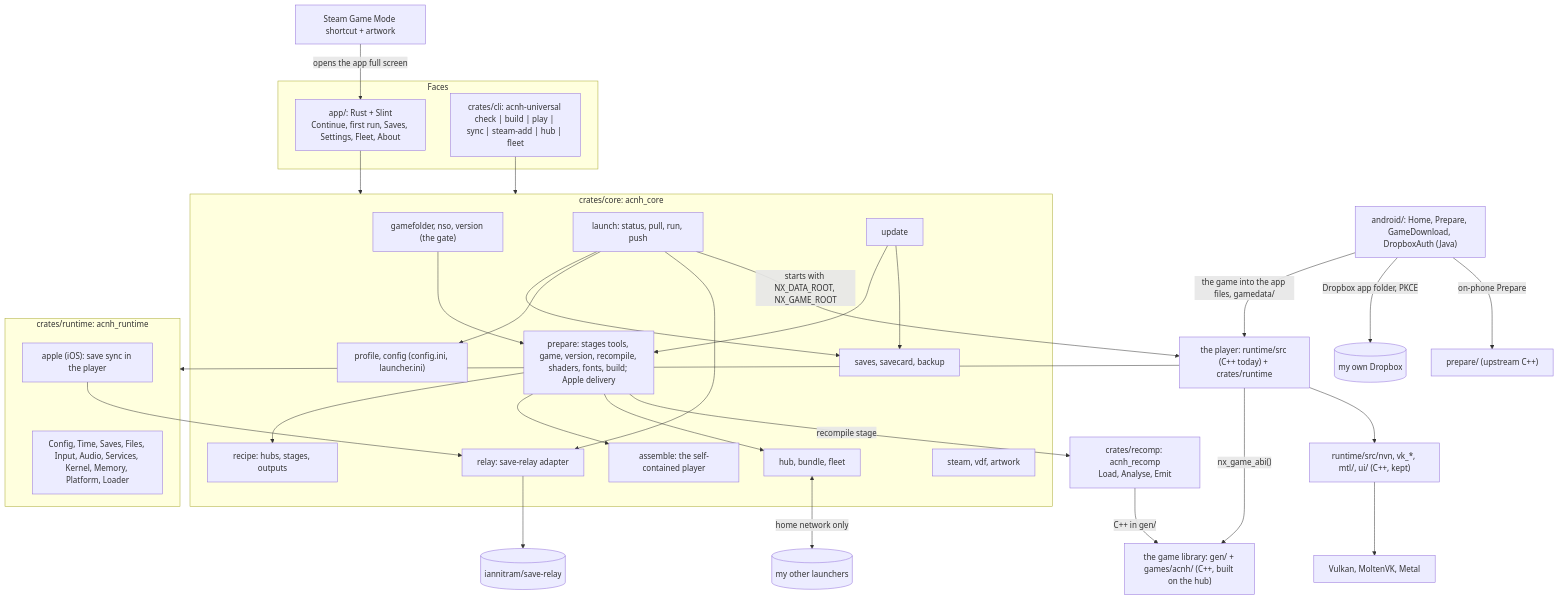
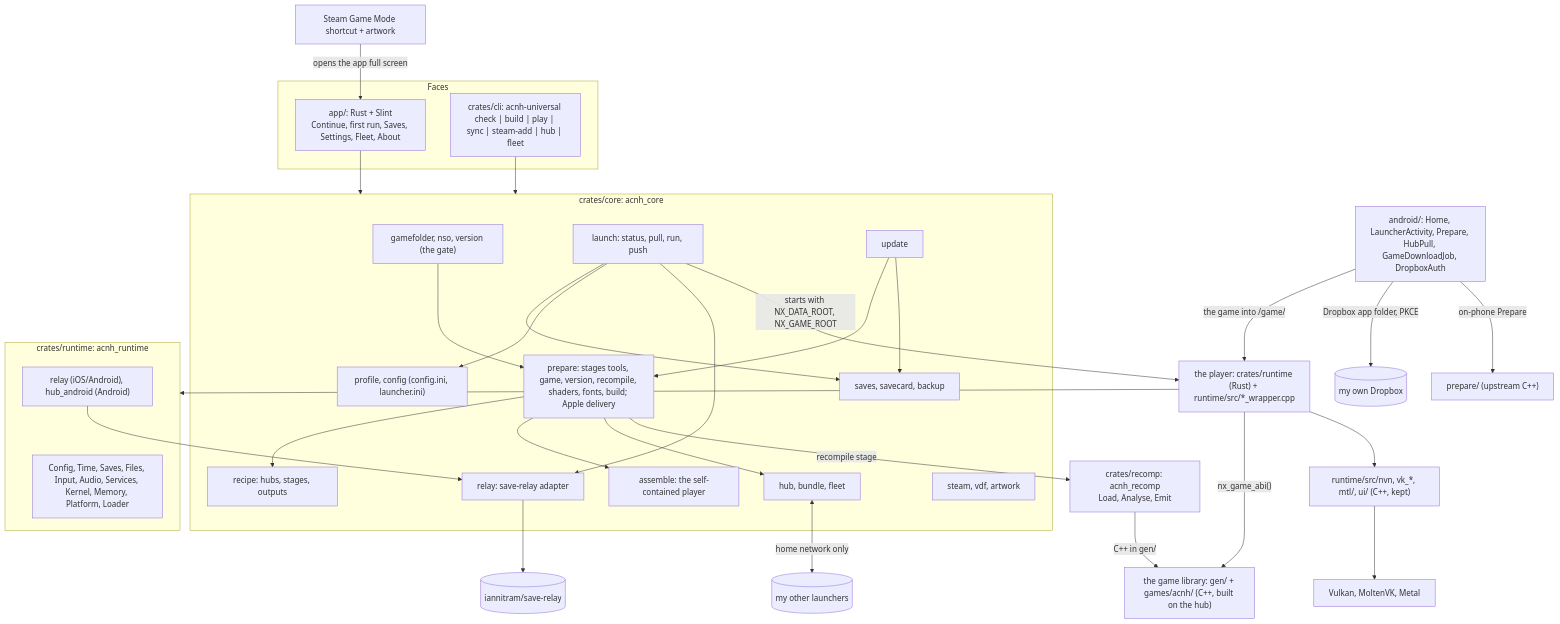
One commit to iannitram/ACNH-Universal changed the diagram in docs/code-map.md. Above: the diagram before and after it, drawn with Mermaid. The commit also changed other lines of this file and 1 other file, not shown here.

Commit message:
docs: refresh ROADMAP.md and docs/code-map.md for 1.0 readiness (Waves 1-8)

````diff
--- a/docs/code-map.md
+++ b/docs/code-map.md
@@ -44,39 +44,39 @@
 ```mermaid
 flowchart TD
     subgraph Faces
       App["app/: Rust + Slint<br/>Continue, first run, Saves, Settings, Fleet, About"]
       CLI["crates/cli: acnh-universal check | build | play | sync | steam-add | hub | fleet"]
     end
     Steam["Steam Game Mode shortcut + artwork"] -->|"opens the app full screen"| App
     App --> Core
     CLI --> Core
     subgraph Core["crates/core: acnh_core"]
       Folder["gamefolder, nso, version (the gate)"] --> Prepare["prepare: stages tools, game, version, recompile, shaders, fonts, build; Apple delivery"]
       Prepare --> Recipe["recipe: hubs, stages, outputs"]
       Prepare --> Assemble["assemble: the self-contained player"]
       Launch["launch: status, pull, run, push"] --> Saves["saves, savecard, backup"]
       Launch --> Profile["profile, config (config.ini, launcher.ini)"]
       Launch --> Relay["relay: save-relay adapter"]
       Prepare --> Hub["hub, bundle, fleet"]
       SteamMod["steam, vdf, artwork"]
       Update["update"] --> Prepare
       Update --> Saves
     end
     Prepare -->|"recompile stage"| Recomp["crates/recomp: acnh_recomp<br/>Load, Analyse, Emit"]
     Recomp -->|"C++ in gen/"| GameLib["the game library: gen/ + games/acnh/ (C++, built on the hub)"]
-    Launch -->|"starts with NX_DATA_ROOT, NX_GAME_ROOT"| Player["the player: runtime/src (C++ today) + crates/runtime"]
+    Launch -->|"starts with NX_DATA_ROOT, NX_GAME_ROOT"| Player["the player: crates/runtime (Rust) + runtime/src/*_wrapper.cpp"]
     subgraph Runtime["crates/runtime: acnh_runtime"]
       Svc["Config, Time, Saves, Files, Input, Audio, Services, Kernel, Memory, Platform, Loader"]
-      Apple["apple (iOS): save sync in the player"]
+      Apple["relay (iOS/Android), hub_android (Android)"]
     end
     Player --> Runtime
     Apple --> Relay
     Player -->|"nx_game_abi()"| GameLib
     Player --> NVN["runtime/src/nvn, vk_*, mtl/, ui/ (C++, kept)"]
     NVN --> VK["Vulkan, MoltenVK, Metal"]
     Relay --> SR[("iannitram/save-relay")]
-    Shell["android/: Home, Prepare, GameDownload, DropboxAuth (Java)"] -->|"the game into the app files, gamedata/"| Player
+    Shell["android/: Home, LauncherActivity, Prepare, HubPull, GameDownloadJob, DropboxAuth"] -->|"the game into <files>/game/"| Player
     Shell -->|"Dropbox app folder, PKCE"| DBX[("my own Dropbox")]
     Shell -->|"on-phone Prepare"| UPrep["prepare/ (upstream C++)"]
     Hub <-->|"home network only"| Peers[("my other launchers")]
 ```
````
